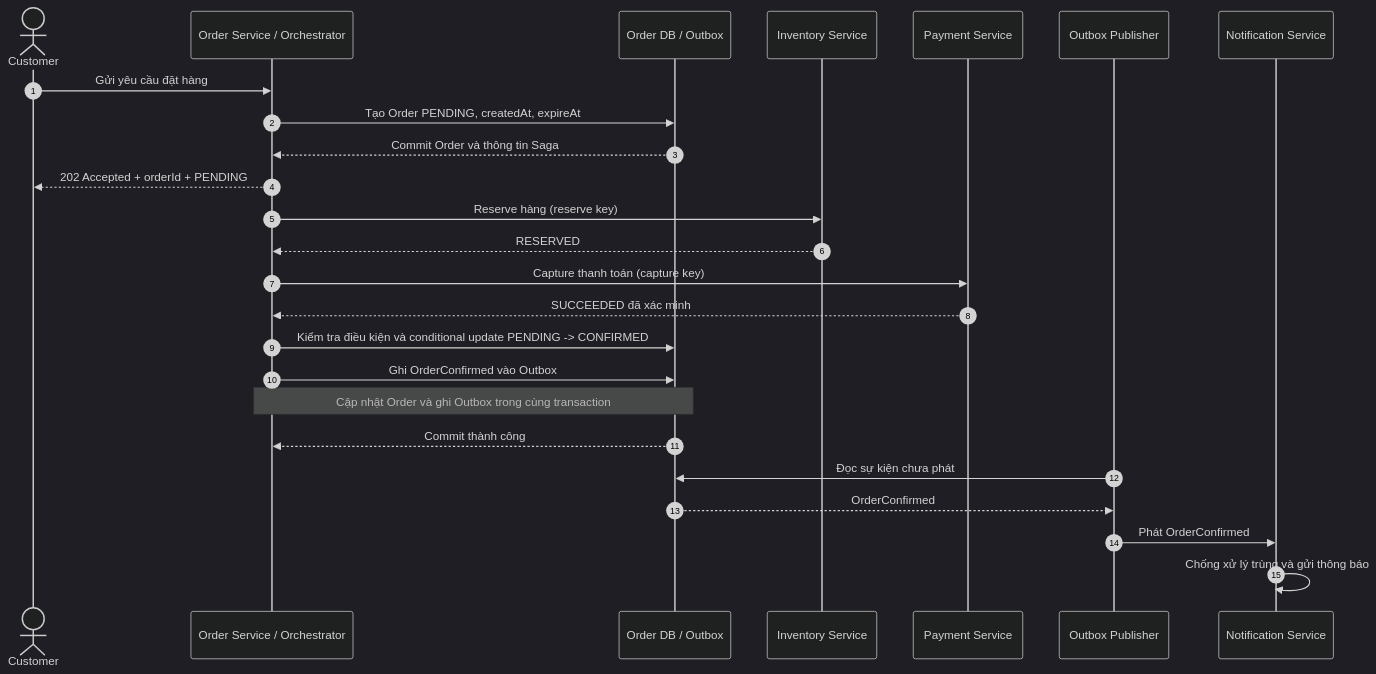
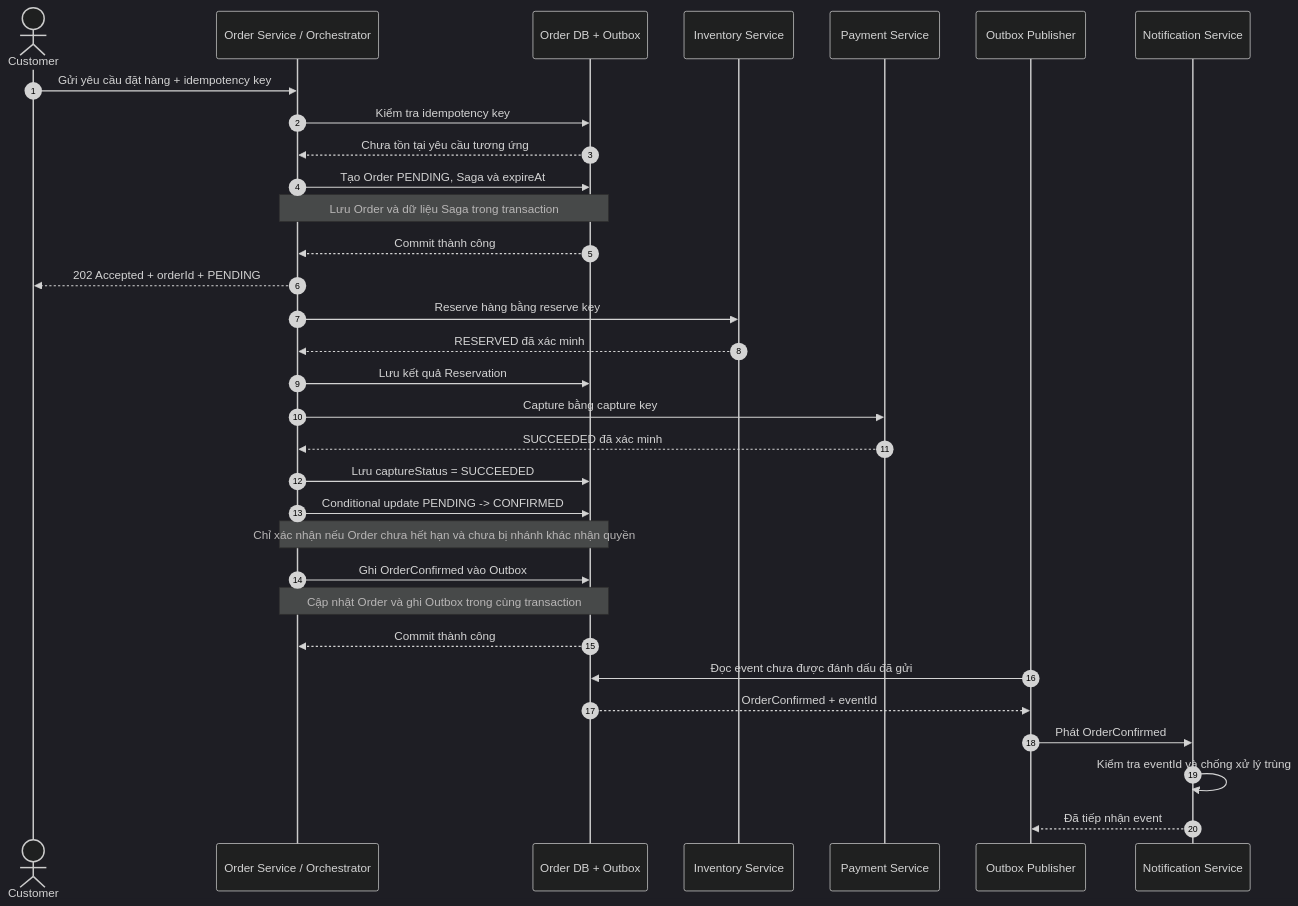
One commit to nguyenthihuyenlinh236/SE2026-T02-Resilient-Order-Workflow changed the first of 8 diagrams in docs/architecture/11-sequence-diagrams.md. Above: the diagram before and after it, drawn with Mermaid (dark theme). The commit also changed other lines of this file, not shown here.

````diff
--- a/docs/architecture/11-sequence-diagrams.md
+++ b/docs/architecture/11-sequence-diagrams.md
@@ -37,31 +44,40 @@
 ```mermaid
 sequenceDiagram
     autonumber
     actor C as Customer
     participant O as Order Service / Orchestrator
-    participant DB as Order DB / Outbox
+    participant DB as Order DB + Outbox
     participant I as Inventory Service
     participant P as Payment Service
     participant PUB as Outbox Publisher
     participant N as Notification Service
 
-    C->>O: Gửi yêu cầu đặt hàng
-    O->>DB: Tạo Order PENDING, createdAt, expireAt
-    DB-->>O: Commit Order và thông tin Saga
+    C->>O: Gửi yêu cầu đặt hàng + idempotency key
+    O->>DB: Kiểm tra idempotency key
+    DB-->>O: Chưa tồn tại yêu cầu tương ứng
+
+    O->>DB: Tạo Order PENDING, Saga và expireAt
+    Note over O,DB: Lưu Order và dữ liệu Saga trong transaction
+    DB-->>O: Commit thành công
     O-->>C: 202 Accepted + orderId + PENDING
 
-    O->>I: Reserve hàng (reserve key)
-    I-->>O: RESERVED
-    O->>P: Capture thanh toán (capture key)
+    O->>I: Reserve hàng bằng reserve key
+    I-->>O: RESERVED đã xác minh
+    O->>DB: Lưu kết quả Reservation
+
+    O->>P: Capture bằng capture key
     P-->>O: SUCCEEDED đã xác minh
+    O->>DB: Lưu captureStatus = SUCCEEDED
 
-    O->>DB: Kiểm tra điều kiện và conditional update PENDING -> CONFIRMED
+    O->>DB: Conditional update PENDING -> CONFIRMED
+    Note over O,DB: Chỉ xác nhận nếu Order chưa hết hạn và chưa bị nhánh khác nhận quyền
     O->>DB: Ghi OrderConfirmed vào Outbox
     Note over O,DB: Cập nhật Order và ghi Outbox trong cùng transaction
     DB-->>O: Commit thành công
 
-    PUB->>DB: Đọc sự kiện chưa phát
-    DB-->>PUB: OrderConfirmed
+    PUB->>DB: Đọc event chưa được đánh dấu đã gửi
+    DB-->>PUB: OrderConfirmed + eventId
     PUB->>N: Phát OrderConfirmed
-    N->>N: Chống xử lý trùng và gửi thông báo
+    N->>N: Kiểm tra eventId và chống xử lý trùng
+    N-->>PUB: Đã tiếp nhận event
 ```
````
